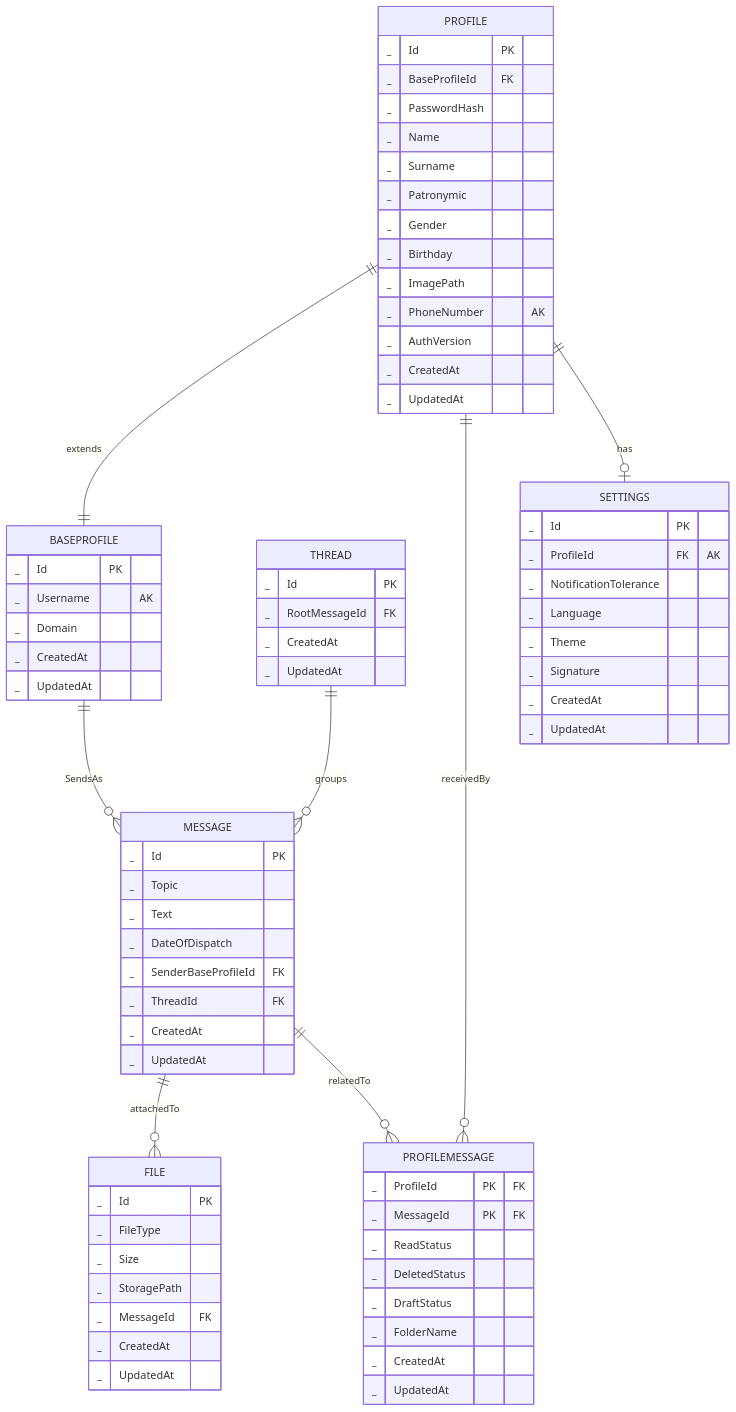
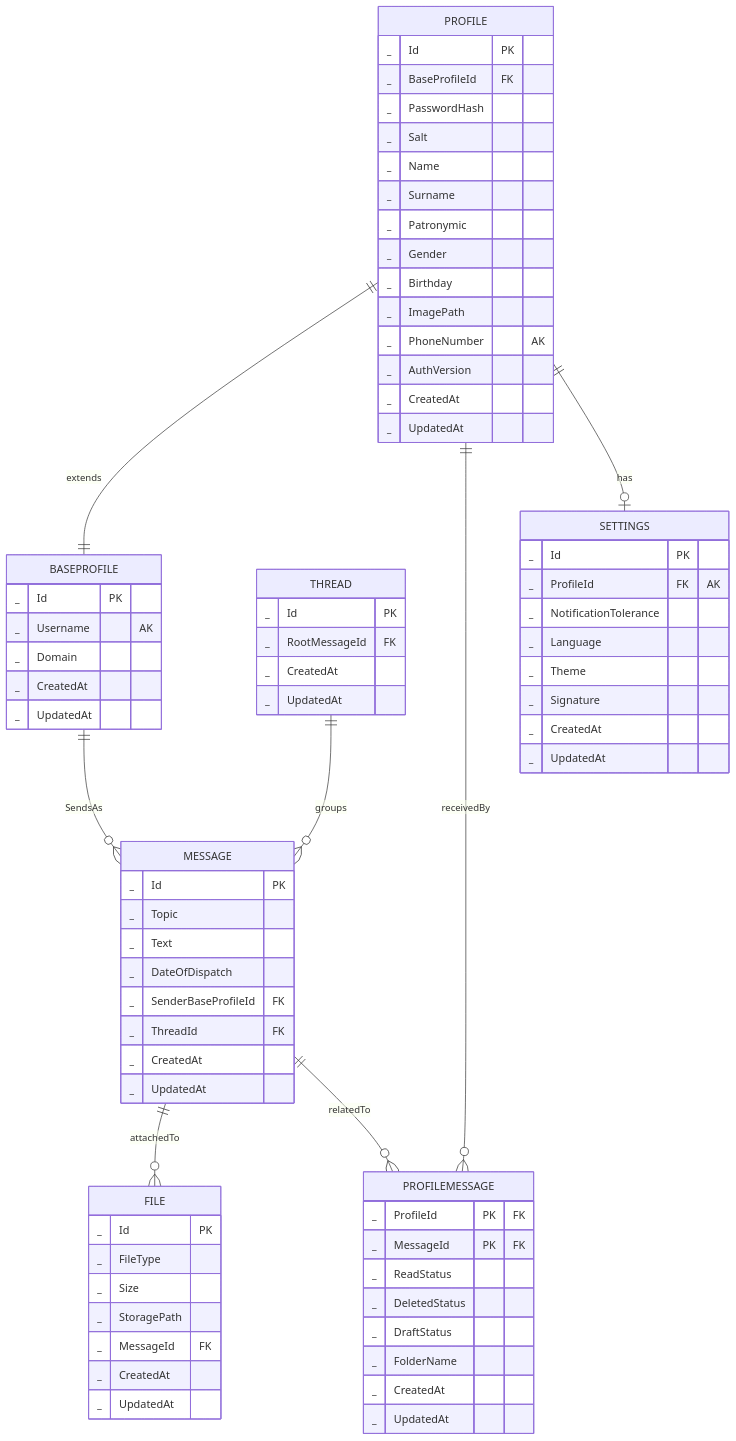
One commit to go-park-mail-ru/2025_2_A4Code changed the second of 2 diagrams in db/normalized/RELATIONS.md. Above: the diagram before and after it, drawn with Mermaid. The commit also changed other lines of this file and 1 other file, not shown here.

````diff
--- a/db/normalized/RELATIONS.md
+++ b/db/normalized/RELATIONS.md
@@ -92,78 +93,79 @@
 ```mermaid
 erDiagram
     BASEPROFILE {
         _ Id PK
         _ Username "AK"
         _ Domain
         _ CreatedAt
         _ UpdatedAt
     }
     PROFILE {
         _ Id PK
         _ BaseProfileId FK
         _ PasswordHash
+        _ Salt
         _ Name
         _ Surname
         _ Patronymic
         _ Gender
         _ Birthday
         _ ImagePath
         _ PhoneNumber "AK"
         _ AuthVersion
         _ CreatedAt
         _ UpdatedAt
     }
     MESSAGE {
         _ Id PK
         _ Topic
         _ Text
         _ DateOfDispatch
         _ SenderBaseProfileId FK
         _ ThreadId FK
         _ CreatedAt
         _ UpdatedAt
     }
     THREAD {
         _ Id PK
         _ RootMessageId FK
         _ CreatedAt
         _ UpdatedAt
     }
     FILE {
         _ Id PK
         _ FileType
         _ Size
         _ StoragePath
         _ MessageId FK
         _ CreatedAt
         _ UpdatedAt
     }
     PROFILEMESSAGE {
         _ ProfileId PK "FK"
         _ MessageId PK "FK"
         _ ReadStatus
         _ DeletedStatus
         _ DraftStatus
         _ FolderName 
         _ CreatedAt
         _ UpdatedAt
     }
     SETTINGS {
         _ Id PK
         _ ProfileId FK "AK"
         _ NotificationTolerance
         _ Language
         _ Theme
         _ Signature
         _ CreatedAt
         _ UpdatedAt
     }
 
     PROFILE ||--o| SETTINGS : "has"
     MESSAGE ||--o{ PROFILEMESSAGE : "relatedTo"
     PROFILE ||--o{ PROFILEMESSAGE : "receivedBy"
     MESSAGE ||--o{ FILE : "attachedTo"
     THREAD ||--o{ MESSAGE : "groups"
     PROFILE ||--|| BASEPROFILE : "extends"
     BASEPROFILE ||--o{ MESSAGE : "SendsAs"
 ```
````
